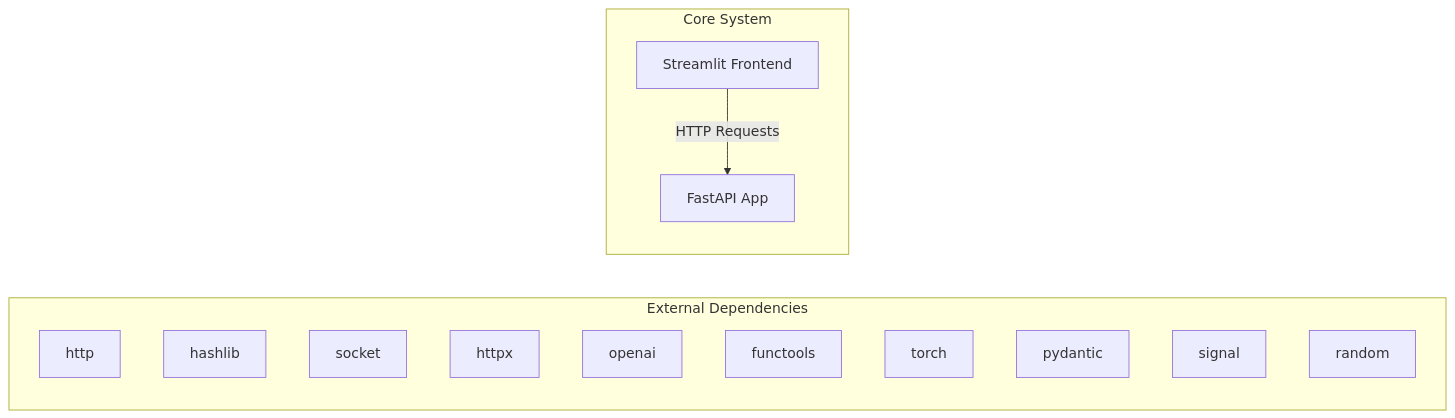
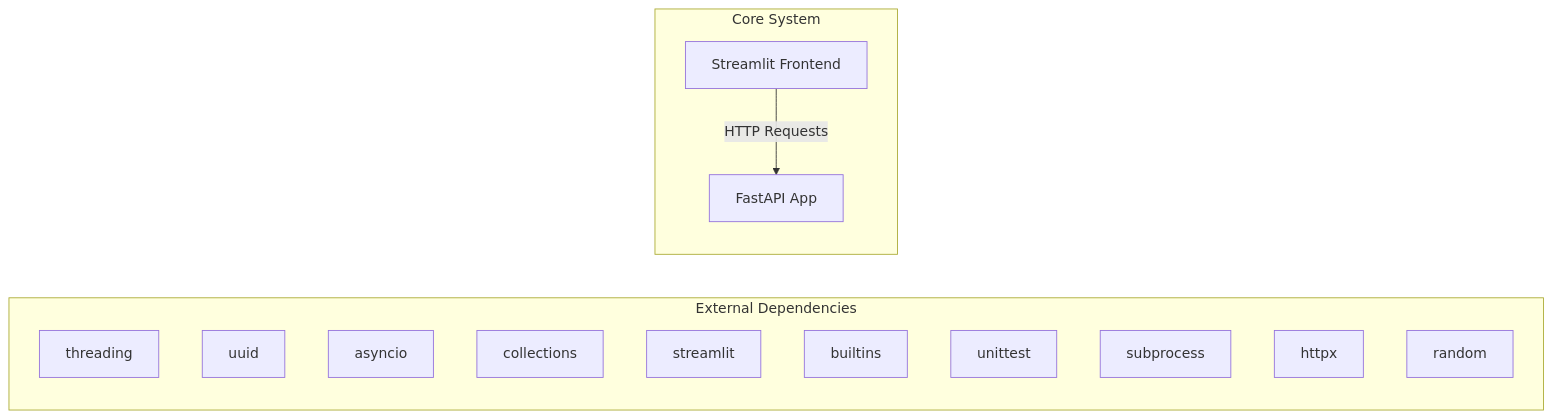
Before and after one commit to NITISH-R-G/rag-context-optimizer: the first of 2 diagrams in docs/architecture.md, drawn with Mermaid. The commit also changed other lines of this file and 1 other file, not shown here.

Commit message:
docs: auto-update repository knowledge, architecture diagrams, and documentation

````diff
--- a/docs/architecture.md
+++ b/docs/architecture.md
@@ -7,20 +7,20 @@
 ```mermaid
 graph LR
     subgraph External Dependencies
-        E0["http"]
-        E1["hashlib"]
-        E2["socket"]
-        E3["httpx"]
-        E4["openai"]
-        E5["functools"]
-        E6["torch"]
-        E7["pydantic"]
-        E8["signal"]
+        E0["threading"]
+        E1["uuid"]
+        E2["asyncio"]
+        E3["collections"]
+        E4["streamlit"]
+        E5["builtins"]
+        E6["unittest"]
+        E7["subprocess"]
+        E8["httpx"]
         E9["random"]
     end
     subgraph Core System
         API["FastAPI App"]
         UI["Streamlit Frontend"]
     end
     UI -->|HTTP Requests| API
 ```
````
